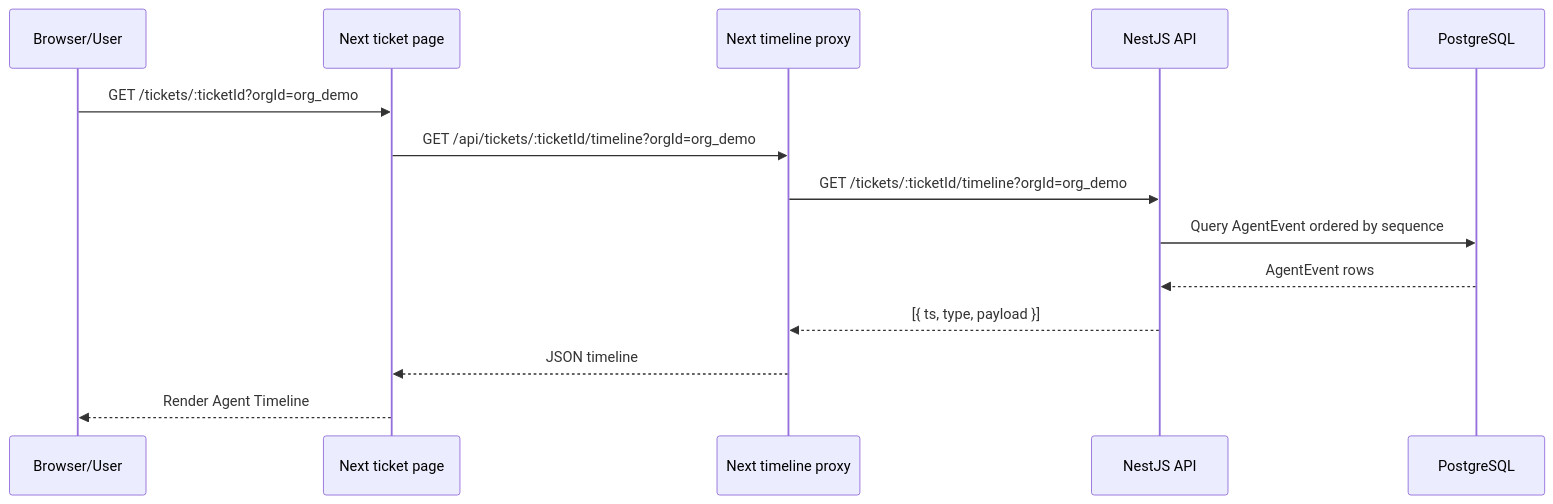
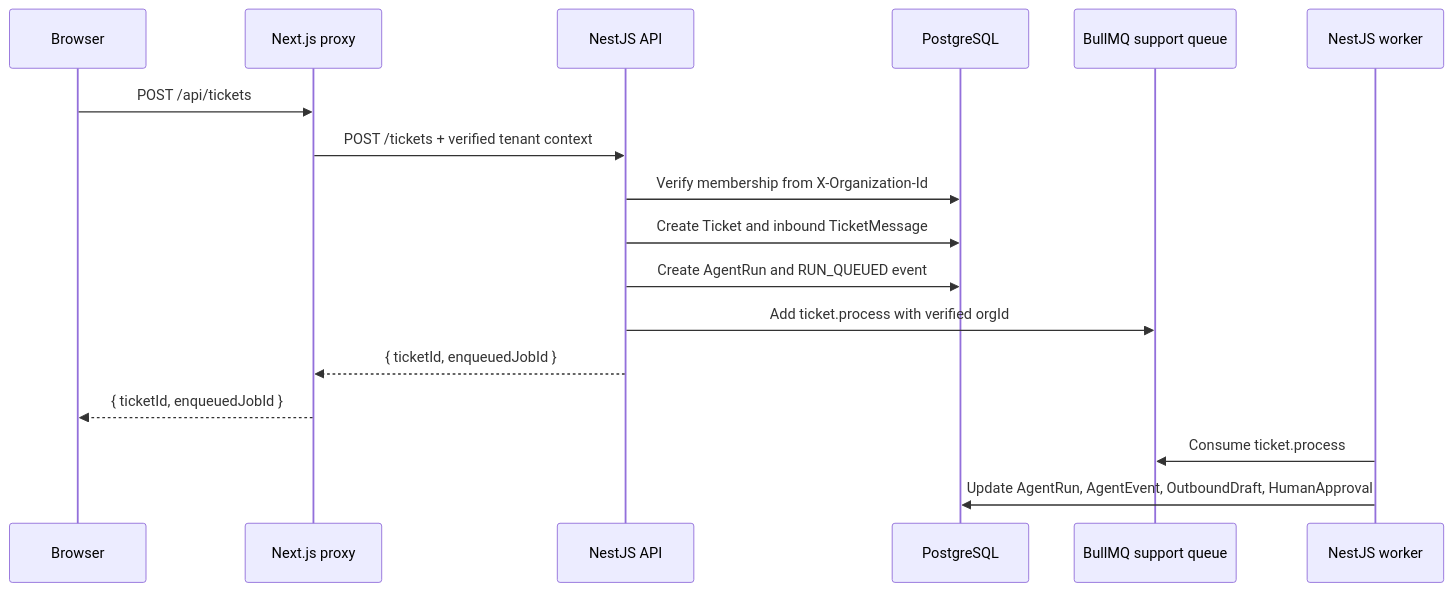
The third of 3 diagrams in docs/architecture.md (its-arnavtech/Autonomous-CSA), drawn with Mermaid before and after one commit. The commit also changed other lines of this file and 92 other files, not shown here.

````diff
--- a/docs/architecture.md
+++ b/docs/architecture.md
@@ -67,17 +56,20 @@
 ```mermaid
 sequenceDiagram
-  participant User as Browser/User
-  participant WebPage as Next ticket page
-  participant Proxy as Next timeline proxy
+  participant Browser
+  participant Web as Next.js proxy
   participant API as NestJS API
   participant DB as PostgreSQL
+  participant Queue as BullMQ support queue
+  participant Worker as NestJS worker
 
-  User->>WebPage: GET /tickets/:ticketId?orgId=org_demo
-  WebPage->>Proxy: GET /api/tickets/:ticketId/timeline?orgId=org_demo
-  Proxy->>API: GET /tickets/:ticketId/timeline?orgId=org_demo
-  API->>DB: Query AgentEvent ordered by sequence
-  DB-->>API: AgentEvent rows
-  API-->>Proxy: [{ ts, type, payload }]
-  Proxy-->>WebPage: JSON timeline
-  WebPage-->>User: Render Agent Timeline
+  Browser->>Web: POST /api/tickets
+  Web->>API: POST /tickets + verified tenant context
+  API->>DB: Verify membership from X-Organization-Id
+  API->>DB: Create Ticket and inbound TicketMessage
+  API->>DB: Create AgentRun and RUN_QUEUED event
+  API->>Queue: Add ticket.process with verified orgId
+  API-->>Web: { ticketId, enqueuedJobId }
+  Web-->>Browser: { ticketId, enqueuedJobId }
+  Worker->>Queue: Consume ticket.process
+  Worker->>DB: Update AgentRun, AgentEvent, OutboundDraft, HumanApproval
 ```
````
